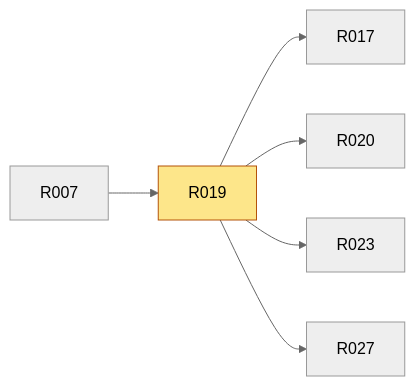
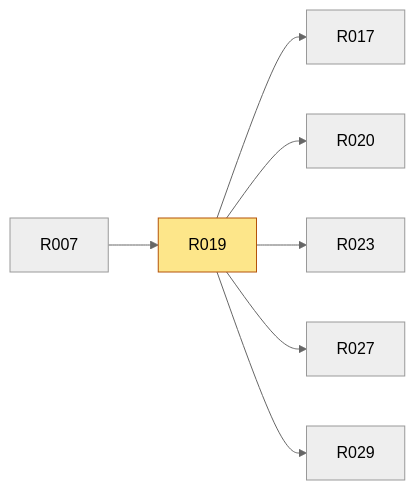
One commit to vima-tech/PACT changed the diagram in .pact/pact-platform-unification/pact-book/src/r/R019.md. Above: the diagram before and after it, drawn with Mermaid (neutral theme). The commit also changed other lines of this file and 100 other files, not shown here.

````diff
--- a/.pact/pact-platform-unification/pact-book/src/r/R019.md
+++ b/.pact/pact-platform-unification/pact-book/src/r/R019.md
@@ -38,9 +38,10 @@
 ```mermaid
 graph LR
   R007["R007"] --> R019["R019"]
   R019 --> R017["R017"]
   R019 --> R020["R020"]
   R019 --> R023["R023"]
   R019 --> R027["R027"]
+  R019 --> R029["R029"]
   style R019 fill:#fde68a,stroke:#b45309
 ```
````
